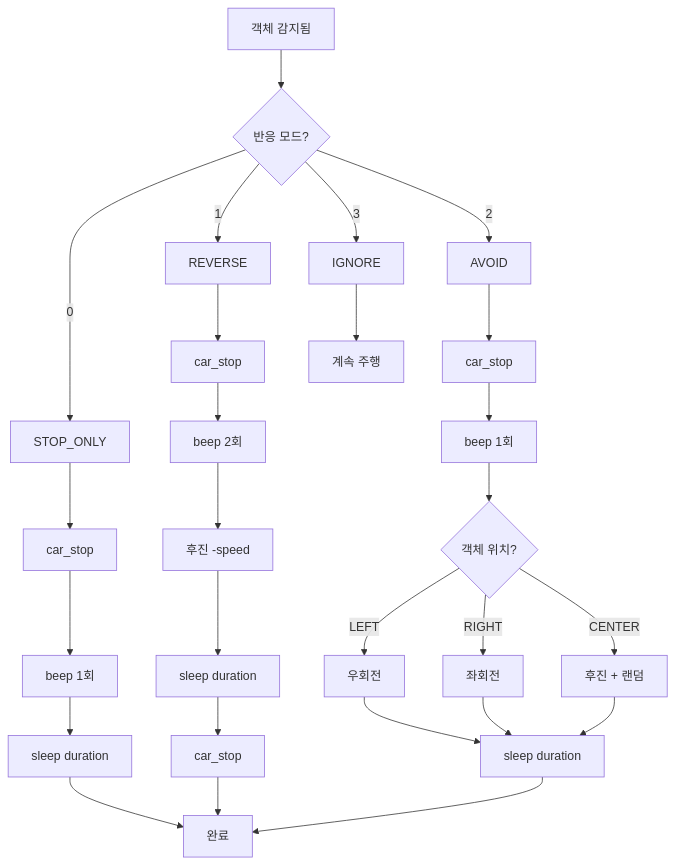
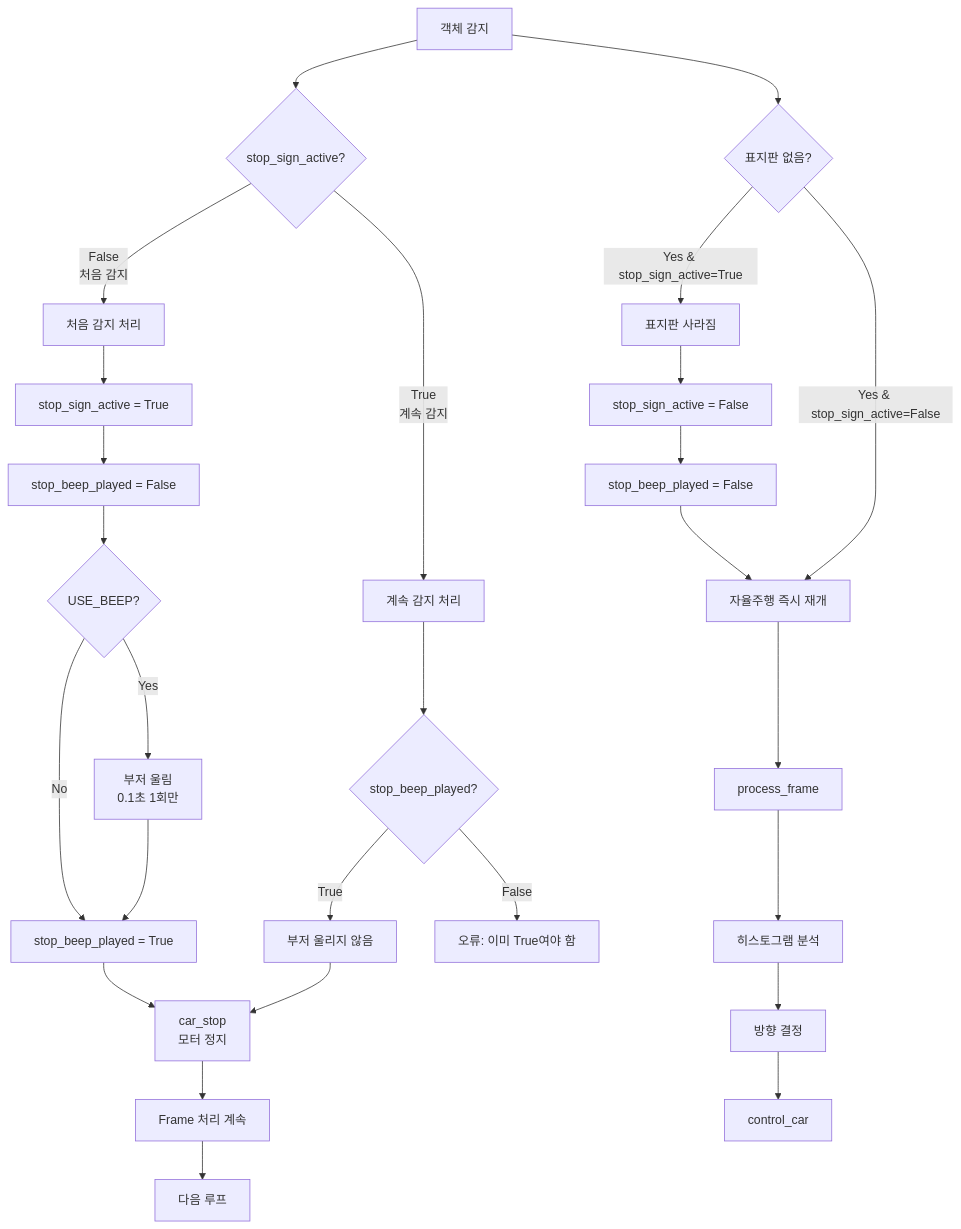
One commit to Collegenie-X/Raspbot-v2-self-driving-car changed the eighth of 13 diagrams in 04_cascade/3_2_AUTOPLOT_HAARCASCADE_가이드.md. Above: the diagram before and after it, drawn with Mermaid. The commit also changed other lines of this file and 175 other files, not shown here.

````diff
--- a/04_cascade/3_2_AUTOPLOT_HAARCASCADE_가이드.md
+++ b/04_cascade/3_2_AUTOPLOT_HAARCASCADE_가이드.md
@@ -357,33 +442,34 @@
 ```mermaid
 flowchart TD
-    START[객체 감지됨] --> MODE{반응 모드?}
+    START[객체 감지] --> CHECK{stop_sign_active?}
     
-    MODE -->|0| STOP[STOP_ONLY]
-    STOP --> S1[car_stop]
-    S1 --> S2[beep 1회]
-    S2 --> S3[sleep duration]
-    S3 --> DONE[완료]
+    CHECK -->|False<br/>처음 감지| FIRST[처음 감지 처리]
+    FIRST --> F1[stop_sign_active = True]
+    F1 --> F2[stop_beep_played = False]
+    F2 --> F3{USE_BEEP?}
+    F3 -->|Yes| F4[부저 울림<br/>0.1초 1회만]
+    F3 -->|No| F5
+    F4 --> F5[stop_beep_played = True]
+    F5 --> MOTOR_STOP
     
-    MODE -->|1| REVERSE[REVERSE]
-    REVERSE --> R1[car_stop]
-    R1 --> R2[beep 2회]
-    R2 --> R3[후진 -speed]
-    R3 --> R4[sleep duration]
-    R4 --> R5[car_stop]
-    R5 --> DONE
+    CHECK -->|True<br/>계속 감지| CONT[계속 감지 처리]
+    CONT --> C1{stop_beep_played?}
+    C1 -->|True| C2[부저 울리지 않음]
+    C1 -->|False| ERROR[오류: 이미 True여야 함]
+    C2 --> MOTOR_STOP
     
-    MODE -->|2| AVOID[AVOID]
-    AVOID --> A1[car_stop]
-    A1 --> A2[beep 1회]
-    A2 --> POS{객체 위치?}
-    POS -->|LEFT| A_RIGHT[우회전]
-    POS -->|RIGHT| A_LEFT[좌회전]
-    POS -->|CENTER| A_BACK[후진 + 랜덤]
-    A_RIGHT --> A3[sleep duration]
-    A_LEFT --> A3
-    A_BACK --> A3
-    A3 --> DONE
+    MOTOR_STOP[car_stop<br/>모터 정지] --> FRAME[Frame 처리 계속]
+    FRAME --> LOOP_NEXT[다음 루프]
     
-    MODE -->|3| IGNORE[IGNORE]
-    IGNORE --> CONTINUE[계속 주행]
+    START --> NO_DETECT{표지판 없음?}
+    NO_DETECT -->|Yes & stop_sign_active=True| DISAPP[표지판 사라짐]
+    DISAPP --> D1[stop_sign_active = False]
+    D1 --> D2[stop_beep_played = False]
+    D2 --> AUTO[자율주행 즉시 재개]
+    
+    NO_DETECT -->|Yes & stop_sign_active=False| AUTO
+    AUTO --> A1[process_frame]
+    A1 --> A2[히스토그램 분석]
+    A2 --> A3[방향 결정]
+    A3 --> A4[control_car]
 ```
````
